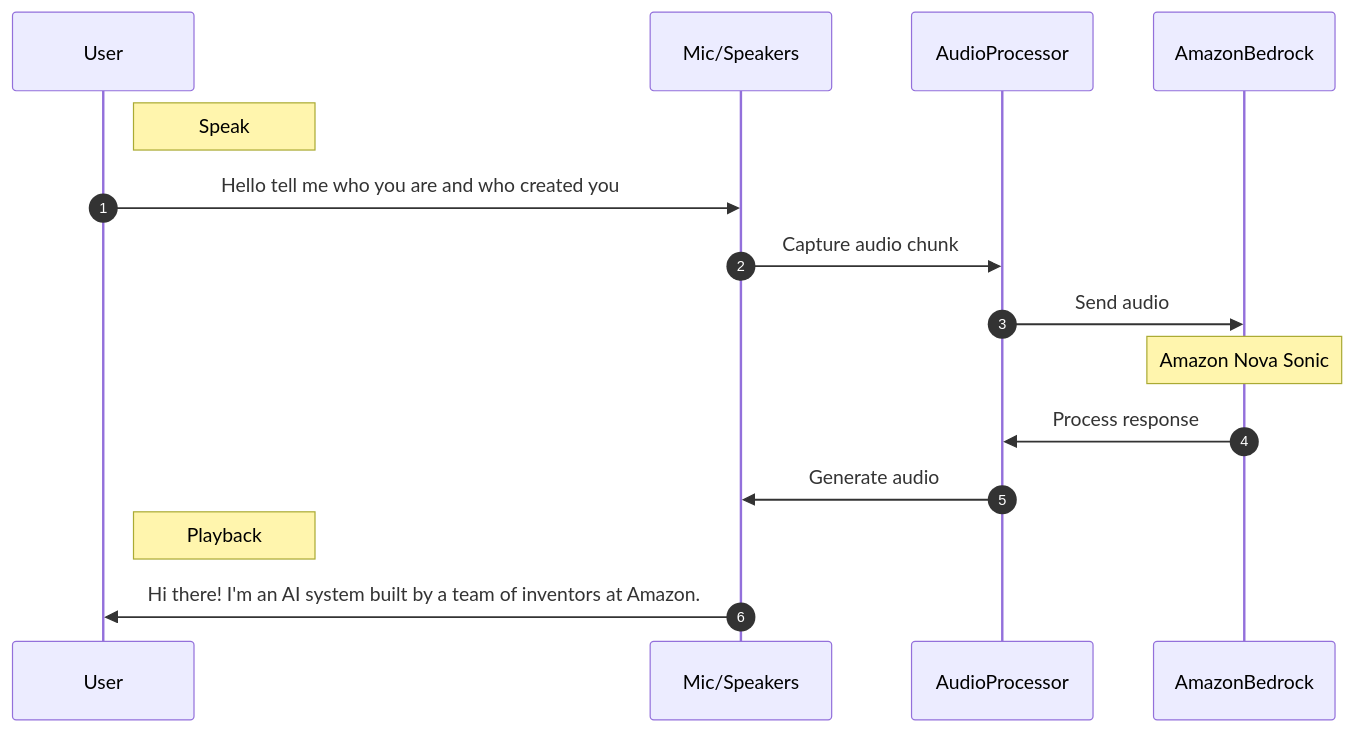
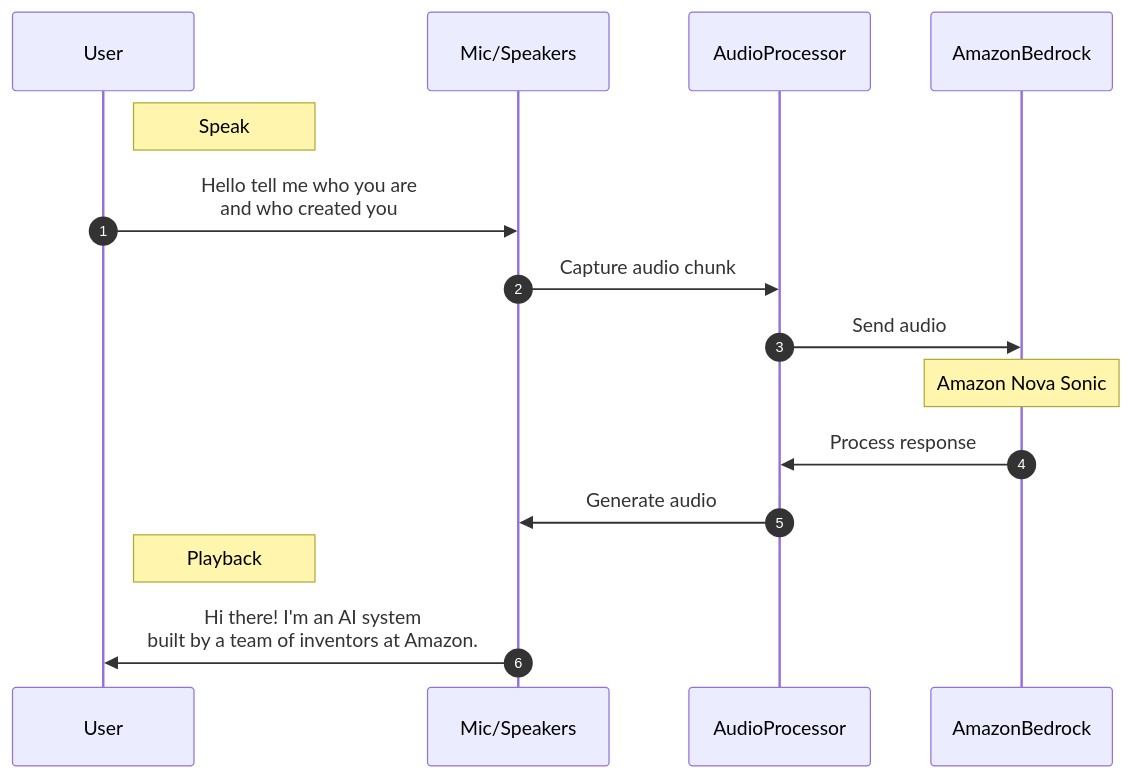
The diagram in samples/nova-sonic-sample/README.md (pmunoz-defontana/generative-ai-ml-latam-samples), drawn with Mermaid before and after one commit. The commit also changed other lines of this file and 2 other files, not shown here.

````diff
--- a/samples/nova-sonic-sample/README.md
+++ b/samples/nova-sonic-sample/README.md
@@ -5,21 +16,21 @@
 ```mermaid
 sequenceDiagram
 autonumber
 participant User
 participant Mic/Speakers
 participant AudioProcessor
 participant AmazonBedrock
 
 
 note right of User: Speak
-User->>Mic/Speakers: Hello tell me who you are and who created you 
+User->>Mic/Speakers: Hello tell me who you are <br/> and who created you 
 Mic/Speakers->>AudioProcessor: Capture audio chunk
 AudioProcessor->>AmazonBedrock: Send audio 
 Note over AmazonBedrock: Amazon Nova Sonic
 AmazonBedrock->>AudioProcessor: Process response
 AudioProcessor->>Mic/Speakers: Generate audio
 note right of User: Playback
-Mic/Speakers->>User: Hi there! I'm an AI system built by a team of inventors at Amazon.
+Mic/Speakers->>User: Hi there! I'm an AI system  <br/> built by a team of inventors at Amazon.
 
 
 ```
````
